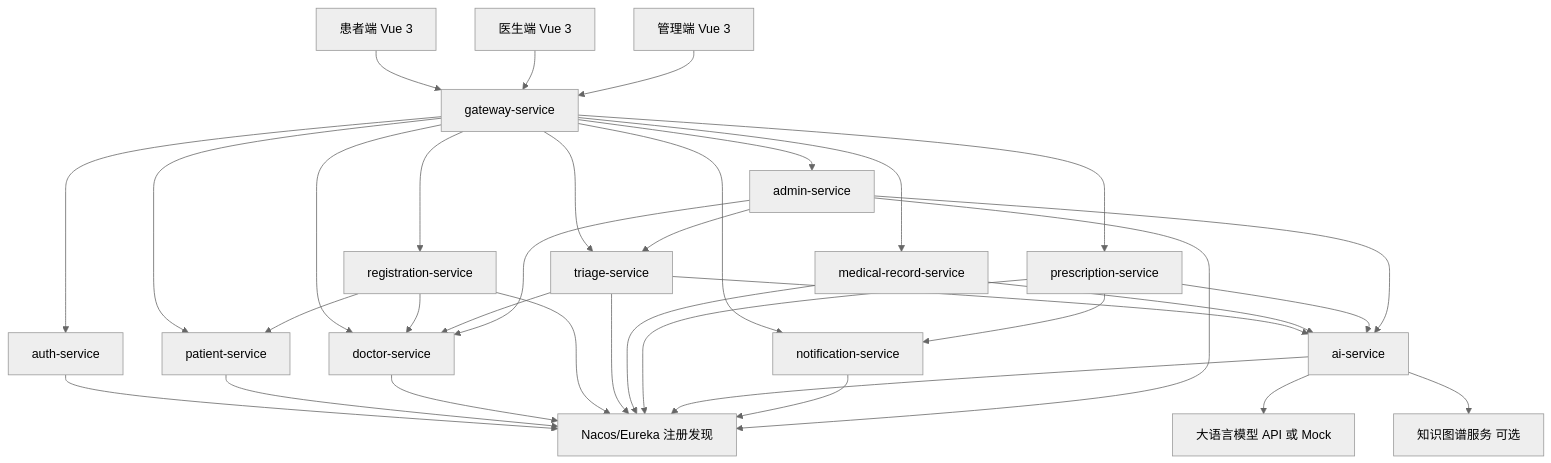
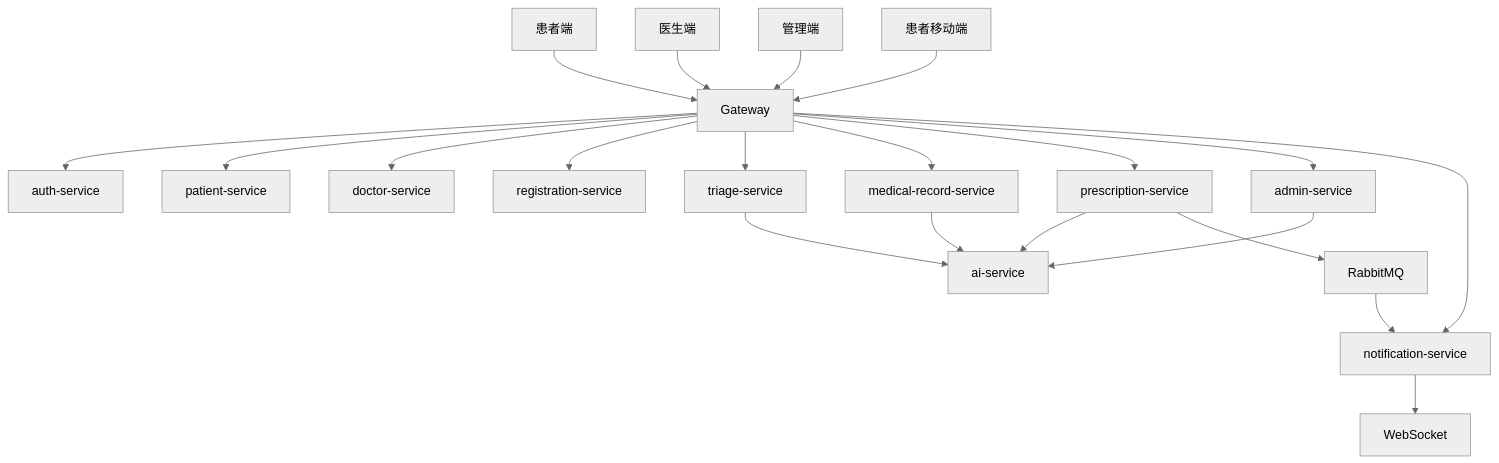
The diagram in docs/05-system-architecture.md (cloudydreamland/smart_cloud_brain), drawn with Mermaid (neutral theme) before and after one commit. The commit also changed other lines of this file and 65 other files, not shown here.

````diff
--- a/docs/05-system-architecture.md
+++ b/docs/05-system-architecture.md
@@ -7,37 +7,25 @@
 ```mermaid
 flowchart TB
-  P[患者端 Vue 3] --> GW[gateway-service]
-  D[医生端 Vue 3] --> GW
-  A[管理端 Vue 3] --> GW
-  GW --> AUTH[auth-service]
-  GW --> PAT[patient-service]
-  GW --> DOC[doctor-service]
-  GW --> REG[registration-service]
-  GW --> TRI[triage-service]
-  GW --> MR[medical-record-service]
-  GW --> PRE[prescription-service]
-  GW --> NOTI[notification-service]
-  GW --> ADM[admin-service]
-  TRI --> AIS[ai-service]
-  MR --> AIS
-  PRE --> AIS
-  REG --> DOC
-  REG --> PAT
-  TRI --> DOC
-  PRE --> NOTI
-  ADM --> DOC
-  ADM --> TRI
-  ADM --> AIS
-  AIS --> LLM[大语言模型 API 或 Mock]
-  AIS --> KG[知识图谱服务 可选]
-  AUTH --> Registry[Nacos/Eureka 注册发现]
-  PAT --> Registry
-  DOC --> Registry
-  REG --> Registry
-  TRI --> Registry
-  MR --> Registry
-  PRE --> Registry
-  AIS --> Registry
-  NOTI --> Registry
-  ADM --> Registry
+  P["患者端"] --> GW["Gateway"]
+  D["医生端"] --> GW
+  A["管理端"] --> GW
+  M["患者移动端"] --> GW
+
+  GW --> AUTH["auth-service"]
+  GW --> PAT["patient-service"]
+  GW --> DOC["doctor-service"]
+  GW --> REG["registration-service"]
+  GW --> TRI["triage-service"]
+  GW --> MR["medical-record-service"]
+  GW --> PRE["prescription-service"]
+  GW --> ADM["admin-service"]
+  GW --> NOTI["notification-service"]
+
+  TRI --> AI["ai-service"]
+  MR --> AI
+  PRE --> AI
+  ADM --> AI
+  PRE --> MQ["RabbitMQ"]
+  MQ --> NOTI
+  NOTI --> WS["WebSocket"]
 ```
````
